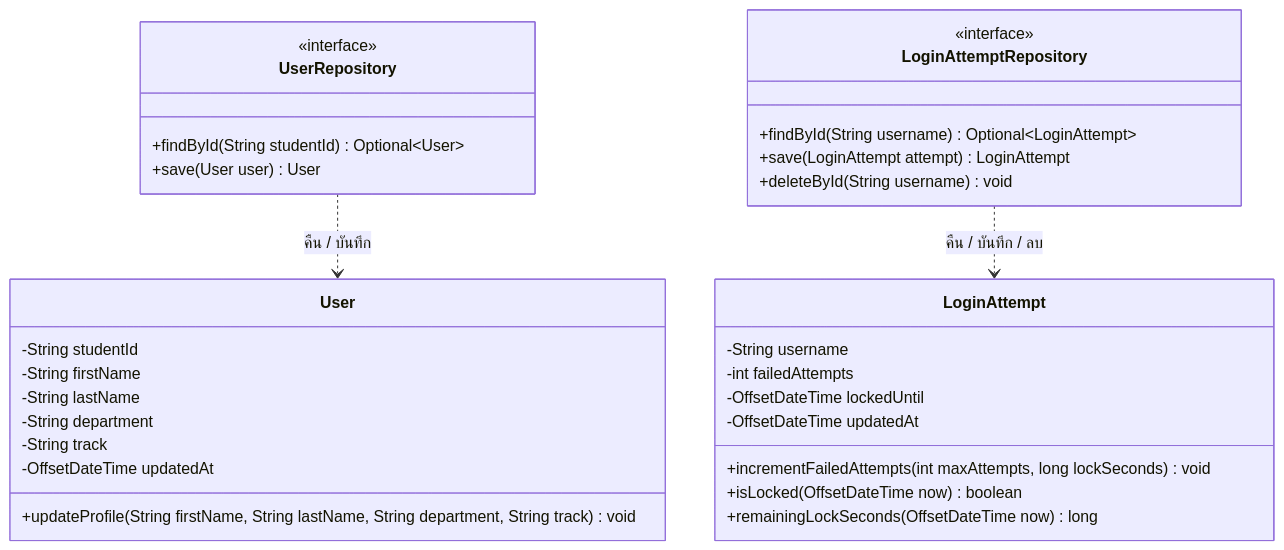
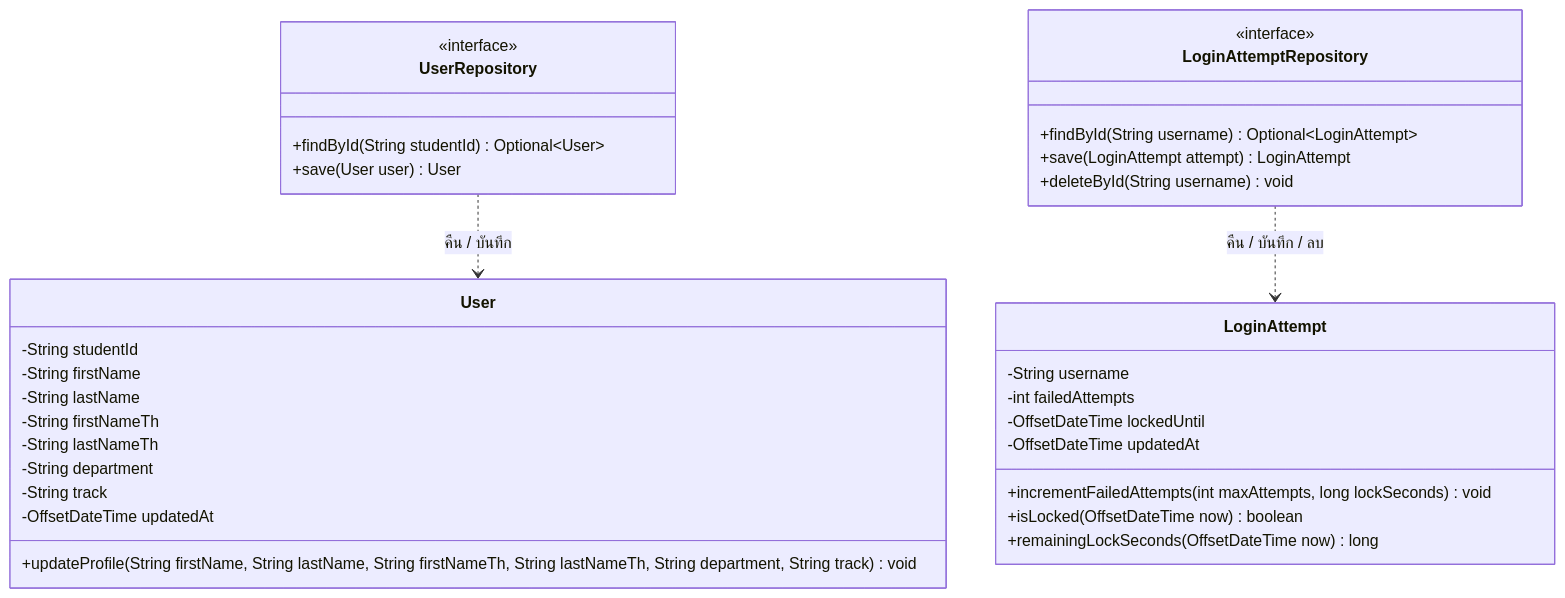
Before and after one commit to Non-Sin/CS261-G3-MockTimetableTU: the diagram in .doc/US3/T06/US3-T06-DAO-Class-Diagram.md, drawn with Mermaid. The commit also changed 21 other files, not shown here.

````diff
--- a/.doc/US3/T06/US3-T06-DAO-Class-Diagram.md
+++ b/.doc/US3/T06/US3-T06-DAO-Class-Diagram.md
@@ -9,36 +9,38 @@
 ```mermaid
 classDiagram
     class UserRepository {
         <<interface>>
         +findById(String studentId) Optional~User~
         +save(User user) User
     }
     class LoginAttemptRepository {
         <<interface>>
         +findById(String username) Optional~LoginAttempt~
         +save(LoginAttempt attempt) LoginAttempt
         +deleteById(String username) void
     }
 
     class User {
         -String studentId
         -String firstName
         -String lastName
+        -String firstNameTh
+        -String lastNameTh
         -String department
         -String track
         -OffsetDateTime updatedAt
-        +updateProfile(String firstName, String lastName, String department, String track) void
+        +updateProfile(String firstName, String lastName, String firstNameTh, String lastNameTh, String department, String track) void
     }
     class LoginAttempt {
         -String username
         -int failedAttempts
         -OffsetDateTime lockedUntil
         -OffsetDateTime updatedAt
         +incrementFailedAttempts(int maxAttempts, long lockSeconds) void
         +isLocked(OffsetDateTime now) boolean
         +remainingLockSeconds(OffsetDateTime now) long
     }
 
     UserRepository ..> User : คืน / บันทึก
     LoginAttemptRepository ..> LoginAttempt : คืน / บันทึก / ลบ
 ```
````
